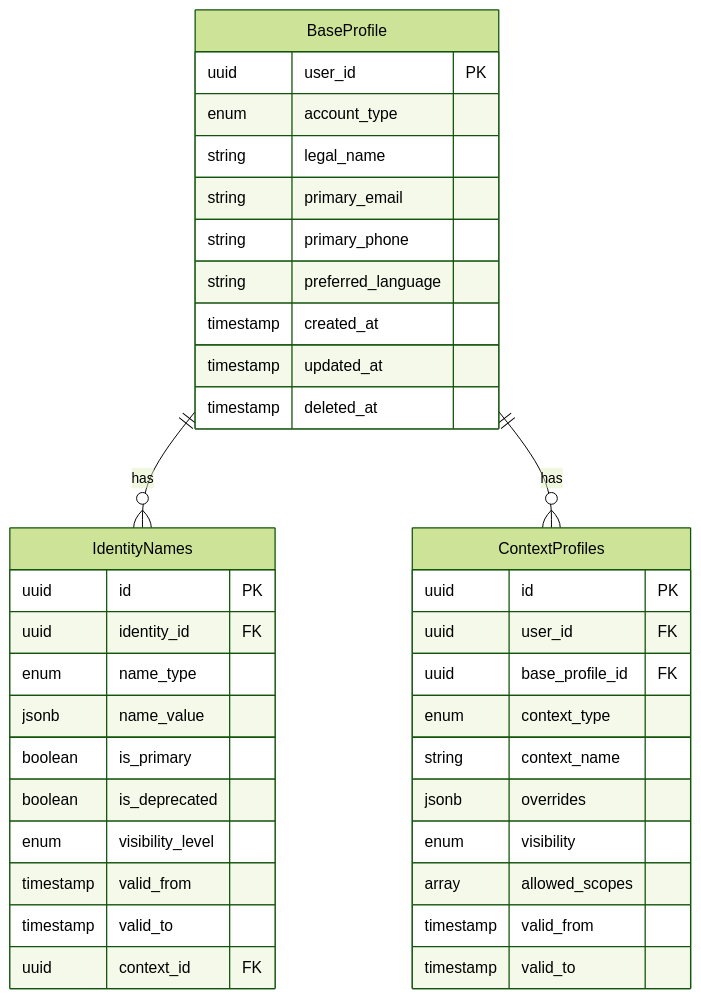
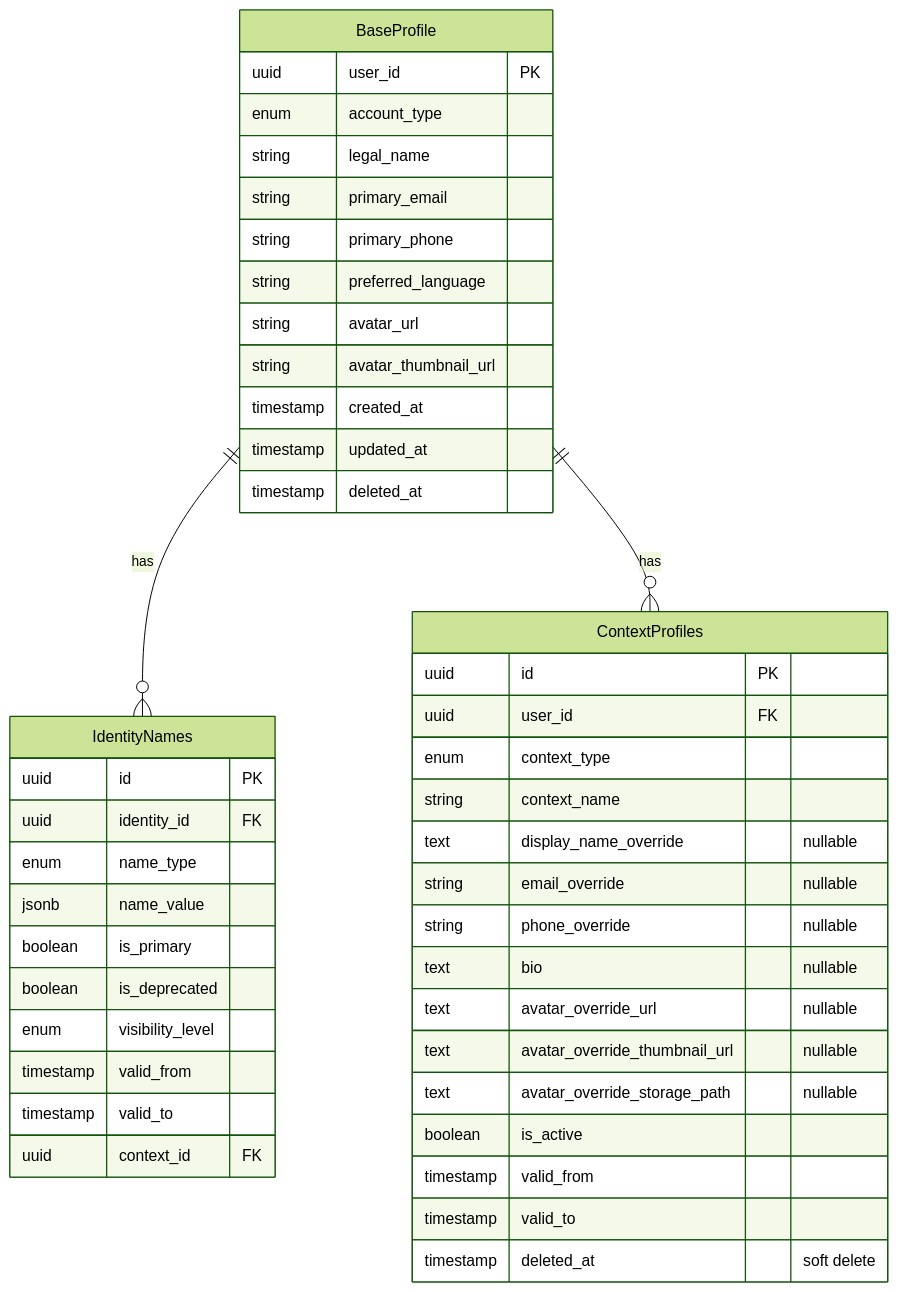
One commit to mastrolinux/final-project changed the first of 5 diagrams in architecture/data-architecture.qmd. Above: the diagram before and after it, drawn with Mermaid (forest theme). The commit also changed other lines of this file, not shown here.

Commit message:
Update data-architecture.qmd to reflect actual implementation

````diff
--- a/architecture/data-architecture.qmd
+++ b/architecture/data-architecture.qmd
@@ -19,43 +19,50 @@
 ```{mermaid}
 erDiagram
     BaseProfile ||--o{ IdentityNames : has
     BaseProfile ||--o{ ContextProfiles : has
     
     BaseProfile {
         uuid user_id PK
         enum account_type
         string legal_name
         string primary_email
         string primary_phone
         string preferred_language
+        string avatar_url
+        string avatar_thumbnail_url
         timestamp created_at
         timestamp updated_at
         timestamp deleted_at
     }
     
     IdentityNames {
         uuid id PK
         uuid identity_id FK
         enum name_type
         jsonb name_value
         boolean is_primary
         boolean is_deprecated
         enum visibility_level
         timestamp valid_from
         timestamp valid_to
         uuid context_id FK
     }
     
     ContextProfiles {
         uuid id PK
         uuid user_id FK
-        uuid base_profile_id FK
         enum context_type
         string context_name
-        jsonb overrides
-        enum visibility
-        array allowed_scopes
+        text display_name_override "nullable"
+        string email_override "nullable"
+        string phone_override "nullable"
+        text bio "nullable"
+        text avatar_override_url "nullable"
+        text avatar_override_thumbnail_url "nullable"
+        text avatar_override_storage_path "nullable"
+        boolean is_active
         timestamp valid_from
         timestamp valid_to
+        timestamp deleted_at "soft delete"
     }
 ```
````
